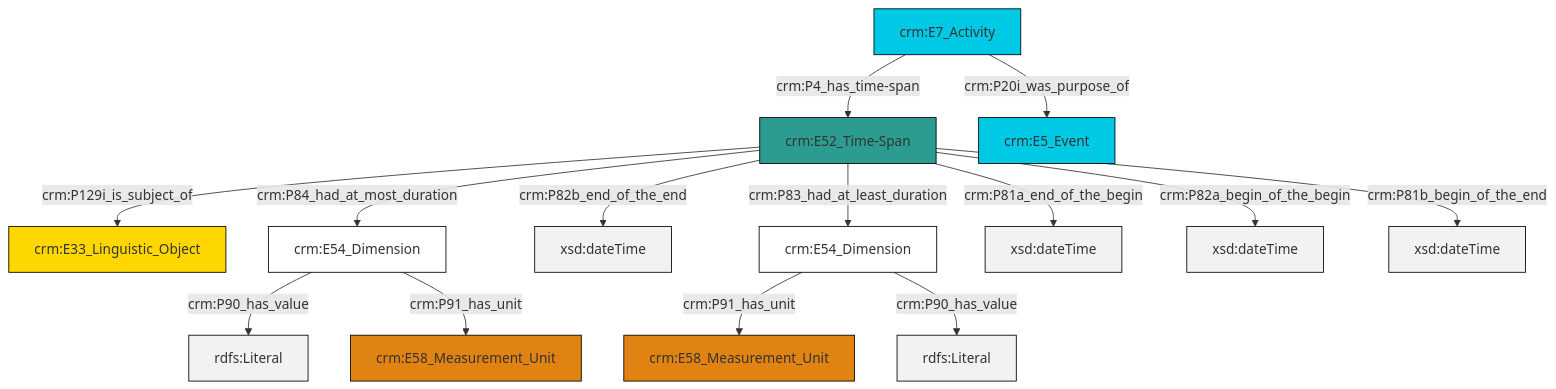
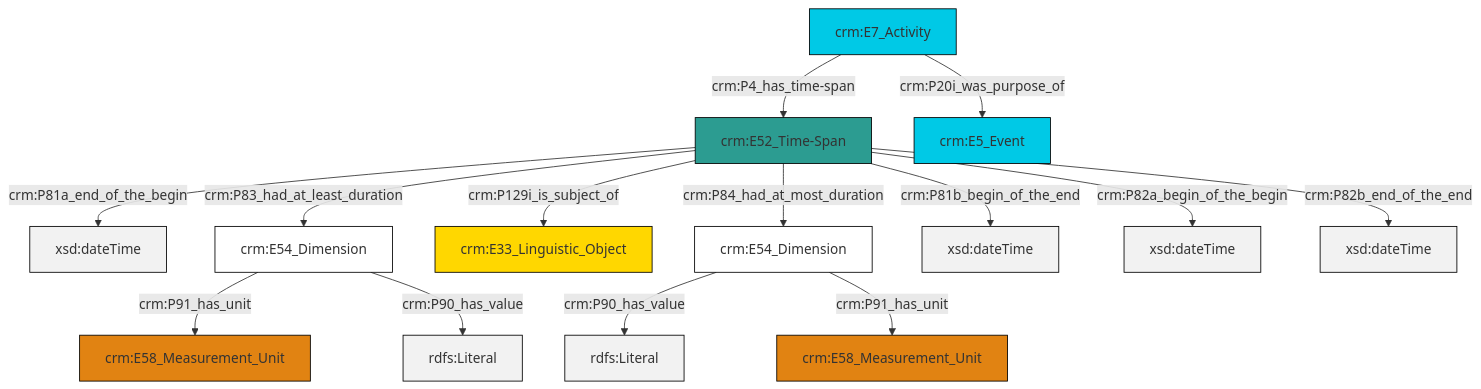
One commit to swiss-art-research-net/reference-data-models changed the diagram in et/eventCSV/ttl/mmd/event_existence.ttl.mmd. Above: the diagram before and after it, drawn with Mermaid. The commit also changed 127 other files, not shown here.

```diff
--- a/et/eventCSV/ttl/mmd/event_existence.ttl.mmd
+++ b/et/eventCSV/ttl/mmd/event_existence.ttl.mmd
@@ -1,28 +1,28 @@
 graph TD
 classDef Literal fill:#f2f2f2,stroke:#000000;
 classDef CRM_Entity fill:#FFFFFF,stroke:#000000;
 classDef Temporal_Entity fill:#00C9E6, stroke:#000000;
 classDef Type fill:#E18312, stroke:#000000;
 classDef Time-Span fill:#2C9C91, stroke:#000000;
 classDef Appellation fill:#FFEB7F, stroke:#000000;
 classDef Place fill:#008836, stroke:#000000;
 classDef Persistent_Item fill:#B266B2, stroke:#000000;
 classDef Conceptual_Object fill:#FFD700, stroke:#000000;
 classDef Physical_Thing fill:#D2B48C, stroke:#000000;
 classDef Actor fill:#f58aad, stroke:#000000;
 classDef PC_Classes fill:#4ce600, stroke:#000000;
 classDef Multi fill:#cccccc,stroke:#000000;
 
-0["crm:E52_Time-Span"]:::Time-Span -->|crm:P129i_is_subject_of| 1["crm:E33_Linguistic_Object"]:::Conceptual_Object
-3["crm:E54_Dimension"]:::CRM_Entity -->|crm:P90_has_value| 4[rdfs:Literal]:::Literal
-0["crm:E52_Time-Span"]:::Time-Span -->|crm:P82b_end_of_the_end| 5[xsd:dateTime]:::Literal
-10["crm:E7_Activity"]:::Temporal_Entity -->|crm:P20i_was_purpose_of| 11["crm:E5_Event"]:::Temporal_Entity
-0["crm:E52_Time-Span"]:::Time-Span -->|crm:P81a_end_of_the_begin| 16[xsd:dateTime]:::Literal
-14["crm:E54_Dimension"]:::CRM_Entity -->|crm:P91_has_unit| 6["crm:E58_Measurement_Unit"]:::Type
-3["crm:E54_Dimension"]:::CRM_Entity -->|crm:P91_has_unit| 8["crm:E58_Measurement_Unit"]:::Type
-0["crm:E52_Time-Span"]:::Time-Span -->|crm:P82a_begin_of_the_begin| 17[xsd:dateTime]:::Literal
-10["crm:E7_Activity"]:::Temporal_Entity -->|crm:P4_has_time-span| 0["crm:E52_Time-Span"]:::Time-Span
-14["crm:E54_Dimension"]:::CRM_Entity -->|crm:P90_has_value| 18[rdfs:Literal]:::Literal
-0["crm:E52_Time-Span"]:::Time-Span -->|crm:P84_had_at_most_duration| 3["crm:E54_Dimension"]:::CRM_Entity
-0["crm:E52_Time-Span"]:::Time-Span -->|crm:P83_had_at_least_duration| 14["crm:E54_Dimension"]:::CRM_Entity
-0["crm:E52_Time-Span"]:::Time-Span -->|crm:P81b_begin_of_the_end| 20[xsd:dateTime]:::Literal
+0["crm:E52_Time-Span"]:::Time-Span -->|crm:P81a_end_of_the_begin| 1[xsd:dateTime]:::Literal
+4["crm:E7_Activity"]:::Temporal_Entity -->|crm:P20i_was_purpose_of| 5["crm:E5_Event"]:::Temporal_Entity
+0["crm:E52_Time-Span"]:::Time-Span -->|crm:P129i_is_subject_of| 6["crm:E33_Linguistic_Object"]:::Conceptual_Object
+8["crm:E54_Dimension"]:::CRM_Entity -->|crm:P91_has_unit| 9["crm:E58_Measurement_Unit"]:::Type
+4["crm:E7_Activity"]:::Temporal_Entity -->|crm:P4_has_time-span| 0["crm:E52_Time-Span"]:::Time-Span
+8["crm:E54_Dimension"]:::CRM_Entity -->|crm:P90_has_value| 12[rdfs:Literal]:::Literal
+0["crm:E52_Time-Span"]:::Time-Span -->|crm:P81b_begin_of_the_end| 13[xsd:dateTime]:::Literal
+0["crm:E52_Time-Span"]:::Time-Span -->|crm:P82a_begin_of_the_begin| 14[xsd:dateTime]:::Literal
+2["crm:E54_Dimension"]:::CRM_Entity -->|crm:P90_has_value| 18[rdfs:Literal]:::Literal
+2["crm:E54_Dimension"]:::CRM_Entity -->|crm:P91_has_unit| 16["crm:E58_Measurement_Unit"]:::Type
+0["crm:E52_Time-Span"]:::Time-Span -->|crm:P83_had_at_least_duration| 8["crm:E54_Dimension"]:::CRM_Entity
+0["crm:E52_Time-Span"]:::Time-Span -->|crm:P82b_end_of_the_end| 20[xsd:dateTime]:::Literal
+0["crm:E52_Time-Span"]:::Time-Span -->|crm:P84_had_at_most_duration| 2["crm:E54_Dimension"]:::CRM_Entity
```
